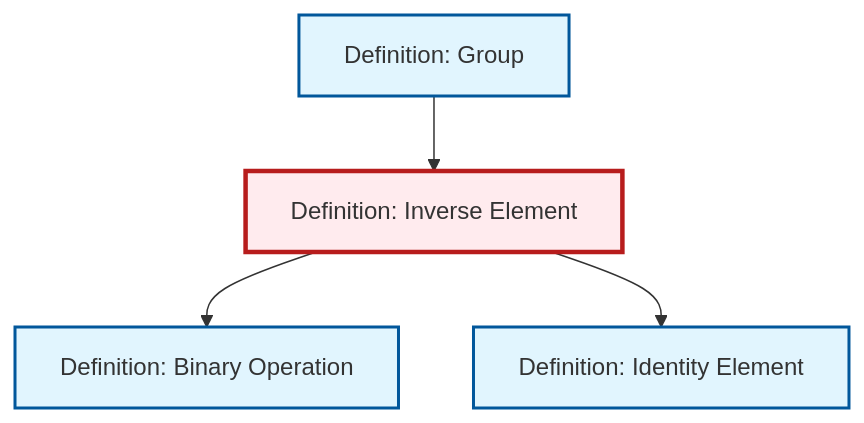
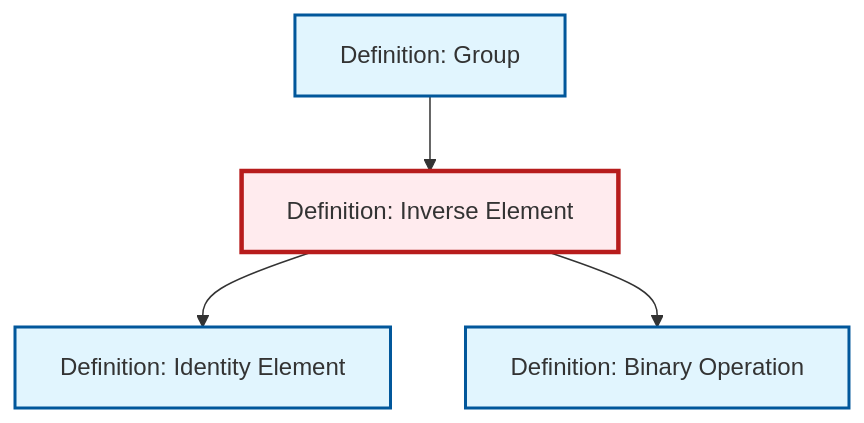
Before and after one commit to RK0429/ModernMath: the diagram in content/ja/algebra/def-inverse-element.qmd, drawn with Mermaid. The commit also changed other lines of this file and 497 other files, not shown here.

````diff
--- a/content/ja/algebra/def-inverse-element.qmd
+++ b/content/ja/algebra/def-inverse-element.qmd
@@ -84,20 +84,20 @@
 ```{mermaid}
 %%| fig-cap: "Local dependency graph"
 graph TD
     classDef definition fill:#e1f5fe,stroke:#01579b,stroke-width:2px
     classDef theorem fill:#f3e5f5,stroke:#4a148c,stroke-width:2px
     classDef axiom fill:#fff3e0,stroke:#e65100,stroke-width:2px
     classDef example fill:#e8f5e9,stroke:#1b5e20,stroke-width:2px
     classDef current fill:#ffebee,stroke:#b71c1c,stroke-width:3px
-    def-identity-element["Definition: Identity Element"]:::definition
     def-binary-operation["Definition: Binary Operation"]:::definition
     def-inverse-element["Definition: Inverse Element"]:::definition
+    def-identity-element["Definition: Identity Element"]:::definition
     def-group["Definition: Group"]:::definition
+    def-inverse-element --> def-identity-element
     def-inverse-element --> def-binary-operation
-    def-inverse-element --> def-identity-element
     def-group --> def-inverse-element
     class def-inverse-element current
+    click def-binary-operation "def-binary-operation.html" "Definition: Binary Operationへ"
     click def-identity-element "def-identity-element.html" "Definition: Identity Elementへ"
-    click def-binary-operation "def-binary-operation.html" "Definition: Binary Operationへ"
     click def-group "def-group.html" "Definition: Groupへ"
 ```
````
